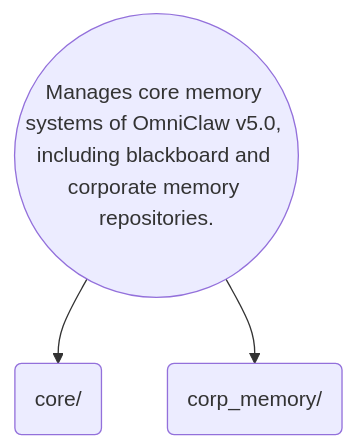
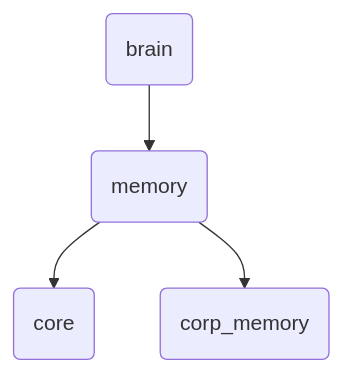
The diagram in brain/memory/_DIR_IDENTITY.md (LongLeo287/OmniClaw), drawn with Mermaid before and after one commit. The commit also changed other lines of this file and 8486 other files, not shown here.

````diff
--- a/brain/memory/_DIR_IDENTITY.md
+++ b/brain/memory/_DIR_IDENTITY.md
@@ -18,9 +22,6 @@
 ```mermaid
 graph TD
- Root("brain/memory")
- Subdir1("core/")
- Subdir2("corp_memory/")
- Root(("Manages core memory systems of OmniClaw v5.0, including blackboard and corporate memory repositories."))
- Root --> Subdir1
- Root --> Subdir2
+  Parent("brain") --> Node("memory")
+  Node --> S1("core")
+  Node --> S2("corp_memory")
 ```
````
